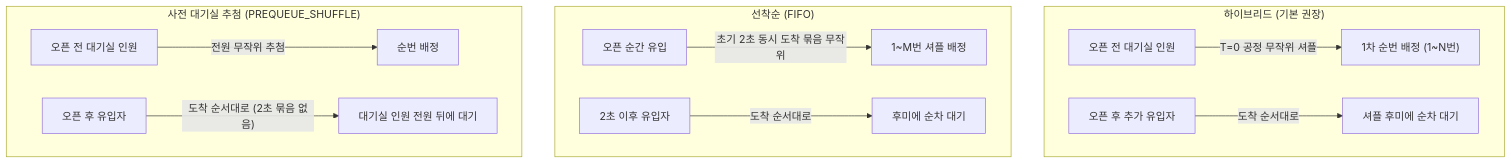
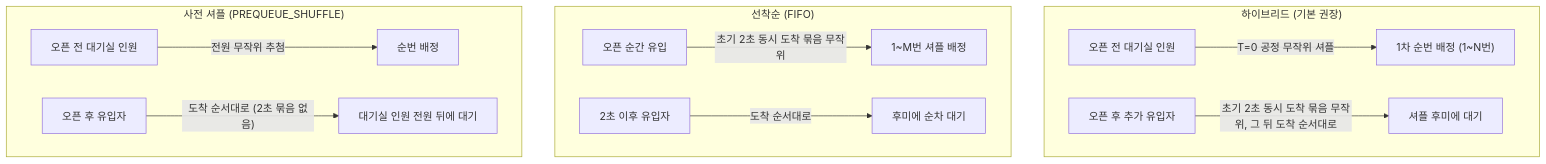
The first of 5 diagrams in guide/02-waiting-room.md (peaket/peaket), drawn with Mermaid before and after one commit. The commit also changed other lines of this file and 111 other files, not shown here.

````diff
--- a/guide/02-waiting-room.md
+++ b/guide/02-waiting-room.md
@@ -41,17 +41,17 @@
 ```mermaid
 graph TD
     subgraph HYBRID ["하이브리드 (기본 권장)"]
         H1["오픈 전 대기실 인원"] -->|T=0 공정 무작위 셔플| H2["1차 순번 배정 (1~N번)"]
-        H3["오픈 후 추가 유입자"] -->|도착 순서대로| H4["셔플 후미에 순차 대기"]
+        H3["오픈 후 추가 유입자"] -->|"초기 2초 동시 도착 묶음 무작위, 그 뒤 도착 순서대로"| H4["셔플 후미에 대기"]
     end
 
     subgraph FIFO ["선착순 (FIFO)"]
         F1["오픈 순간 유입"] -->|초기 2초 동시 도착 묶음 무작위| F2["1~M번 셔플 배정"]
         F3["2초 이후 유입자"] -->|도착 순서대로| F4["후미에 순차 대기"]
     end
 
-    subgraph SHUFFLE ["사전 대기실 추첨 (PREQUEUE_SHUFFLE)"]
+    subgraph SHUFFLE ["사전 셔플 (PREQUEUE_SHUFFLE)"]
         S1["오픈 전 대기실 인원"] -->|전원 무작위 추첨| S2["순번 배정"]
         S3["오픈 후 유입자"] -->|"도착 순서대로 (2초 묶음 없음)"| S4["대기실 인원 전원 뒤에 대기"]
     end
 ```
````
